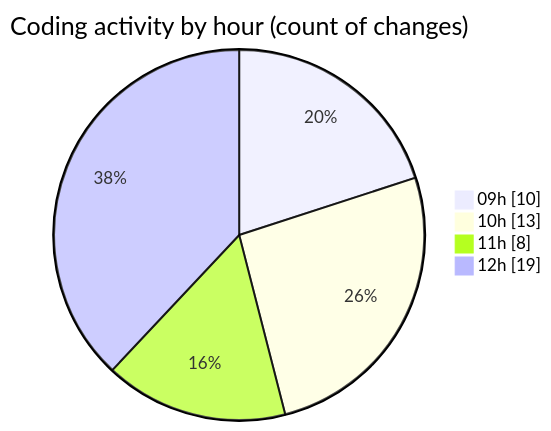
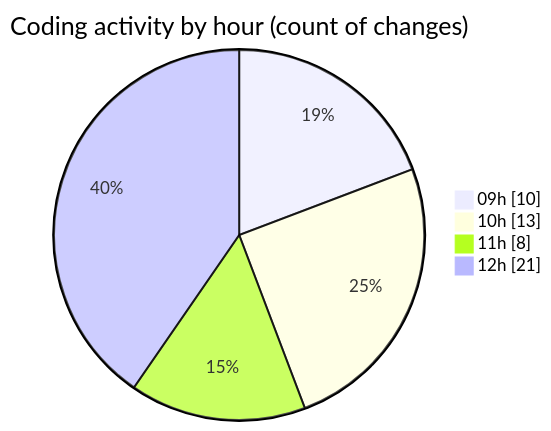
Before and after one commit to momahboobian/code-tracking: the second of 2 diagrams in 2025-03-07/cda/README.md, drawn with Mermaid. The commit also changed other lines of this file and 1 other file, not shown here.

````diff
--- a/2025-03-07/cda/README.md
+++ b/2025-03-07/cda/README.md
@@ -40,8 +40,8 @@
 ```mermaid
 pie showData
 title Coding activity by hour (count of changes)
 "09h" : 10
 "10h" : 13
 "11h" : 8
-"12h" : 19
+"12h" : 21
 ```
````
